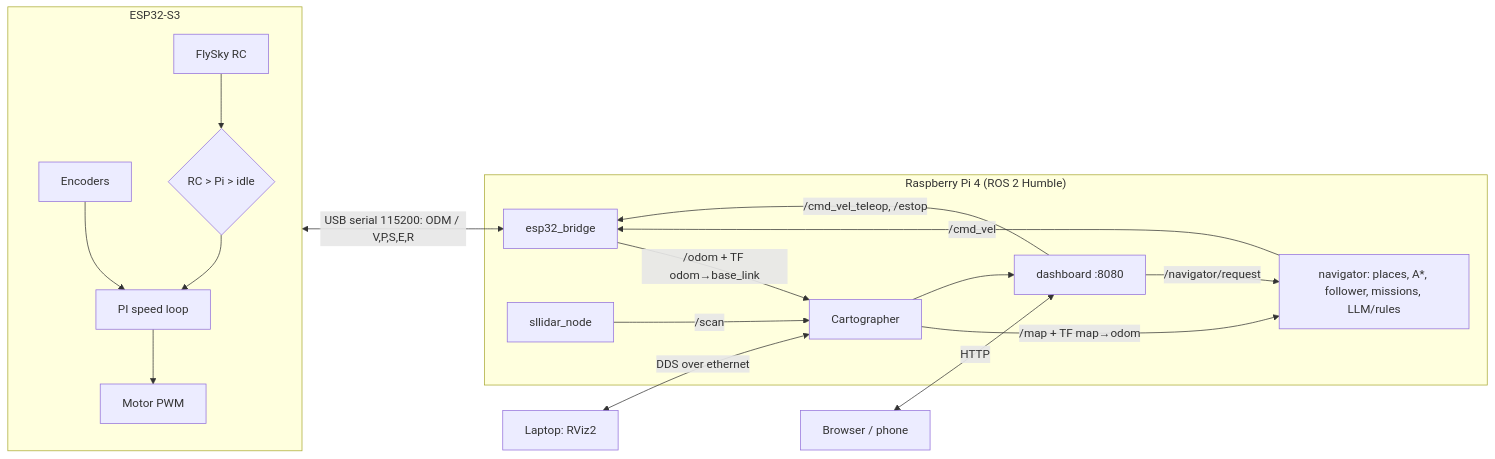
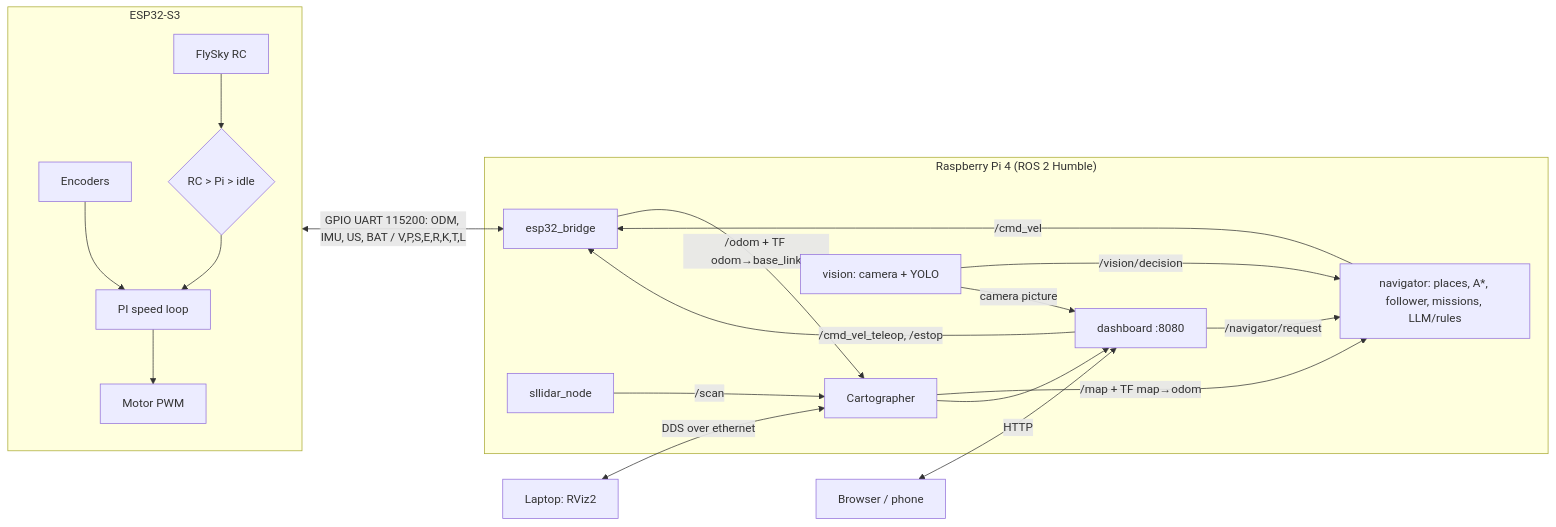
The diagram in README.md (ArpitAwasthi2411/slam-robot), drawn with Mermaid before and after one commit. The commit also changed other lines of this file and 27 other files, not shown here.

````diff
--- a/README.md
+++ b/README.md
@@ -23,20 +25,22 @@
 ```mermaid
 flowchart LR
   subgraph ESP32-S3
     RC[FlySky RC] --> ARB{RC > Pi > idle}
     ENC[Encoders] --> PI[PI speed loop]
     ARB --> PI --> MOT[Motor PWM]
   end
   subgraph "Raspberry Pi 4 (ROS 2 Humble)"
     BR[esp32_bridge] -->|/odom + TF odom→base_link| CART[Cartographer]
     LID[sllidar_node] -->|/scan| CART
     CART -->|/map + TF map→odom| NAV[navigator: places, A*, follower, missions, LLM/rules]
     CART --> DB[dashboard :8080]
     NAV -->|/cmd_vel| BR
     DB -->|/navigator/request| NAV
     DB -->|/cmd_vel_teleop, /estop| BR
+    CAM[vision: camera + YOLO] -->|/vision/decision| NAV
+    CAM -->|camera picture| DB
   end
-  ESP32-S3 <-->|USB serial 115200: ODM / V,P,S,E,R| BR
+  ESP32-S3 <-->|GPIO UART 115200: ODM, IMU, US, BAT / V,P,S,E,R,K,T,L| BR
   LAP[Laptop: RViz2] <-->|DDS over ethernet| CART
   PHONE[Browser / phone] <-->|HTTP| DB
 ```
````
